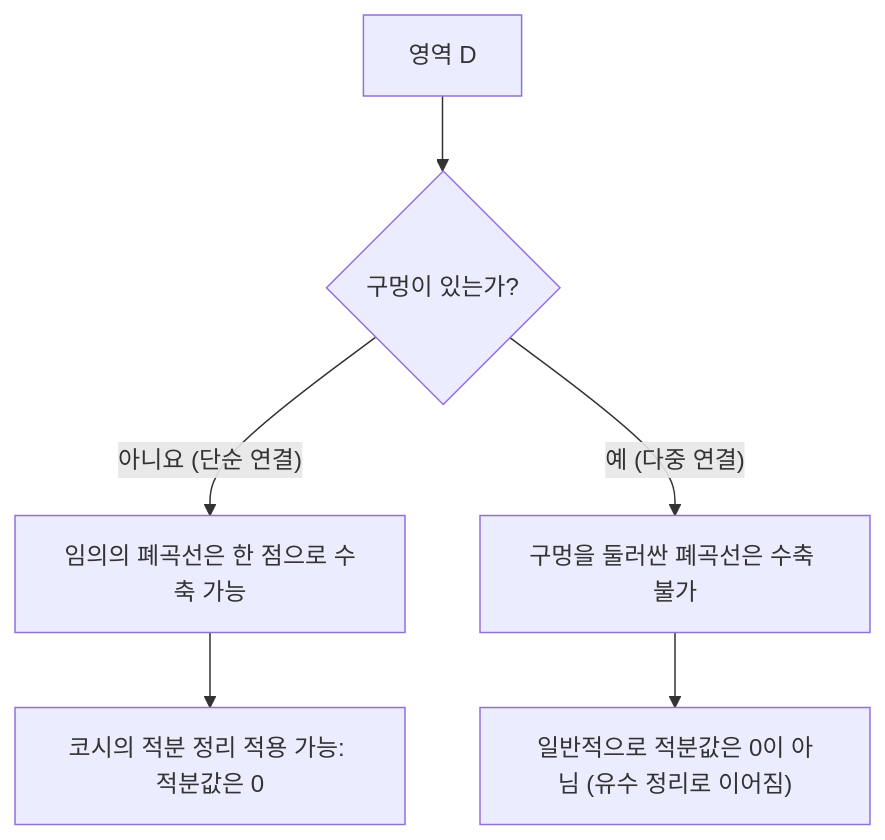
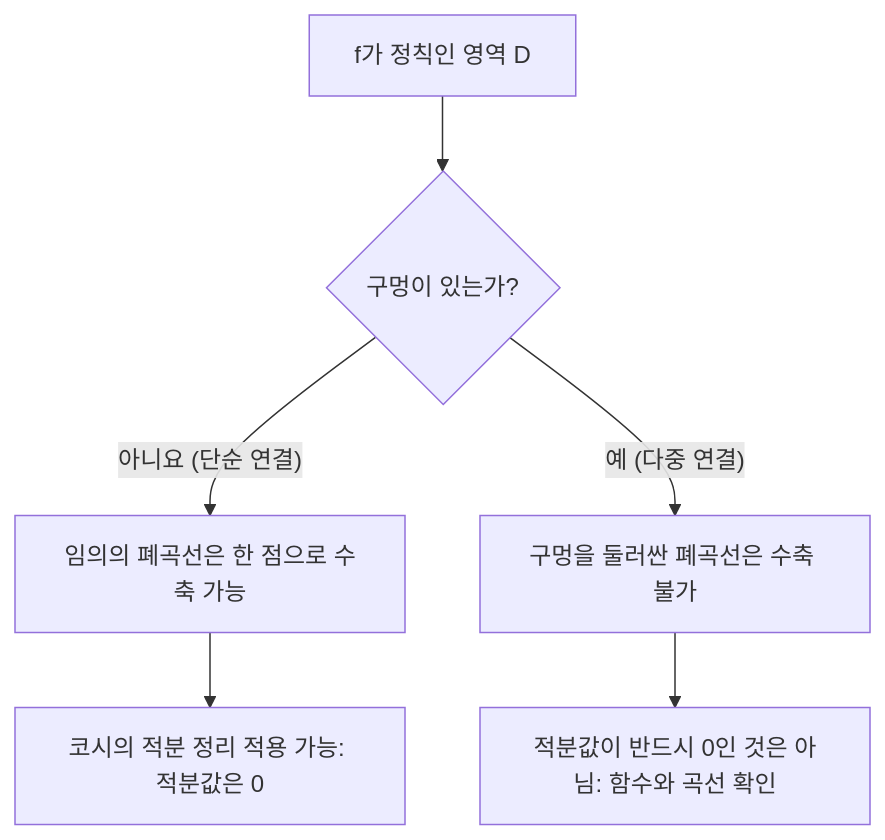
The diagram in content/post/cauchys-integral-theorem/index.ko.md (kenjinote/blog), drawn with Mermaid before and after one commit. The commit also changed other lines of this file and 8 other files, not shown here.

````diff
--- a/content/post/cauchys-integral-theorem/index.ko.md
+++ b/content/post/cauchys-integral-theorem/index.ko.md
@@ -95,8 +95,8 @@
 ```mermaid
 flowchart TD
-    A["영역 D"] --> B{"구멍이 있는가?"}
+    A["f가 정칙인 영역 D"] --> B{"구멍이 있는가?"}
     B -->|"아니요 (단순 연결)"| C["임의의 폐곡선은 한 점으로 수축 가능"]
     C --> D["코시의 적분 정리 적용 가능: 적분값은 0"]
     B -->|"예 (다중 연결)"| E["구멍을 둘러싼 폐곡선은 수축 불가"]
-    E --> F["일반적으로 적분값은 0이 아님 (유수 정리로 이어짐)"]
+    E --> F["적분값이 반드시 0인 것은 아님: 함수와 곡선 확인"]
 ```
````
